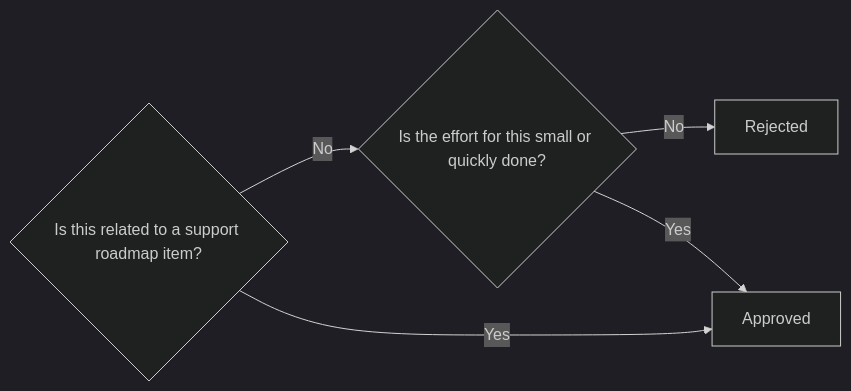
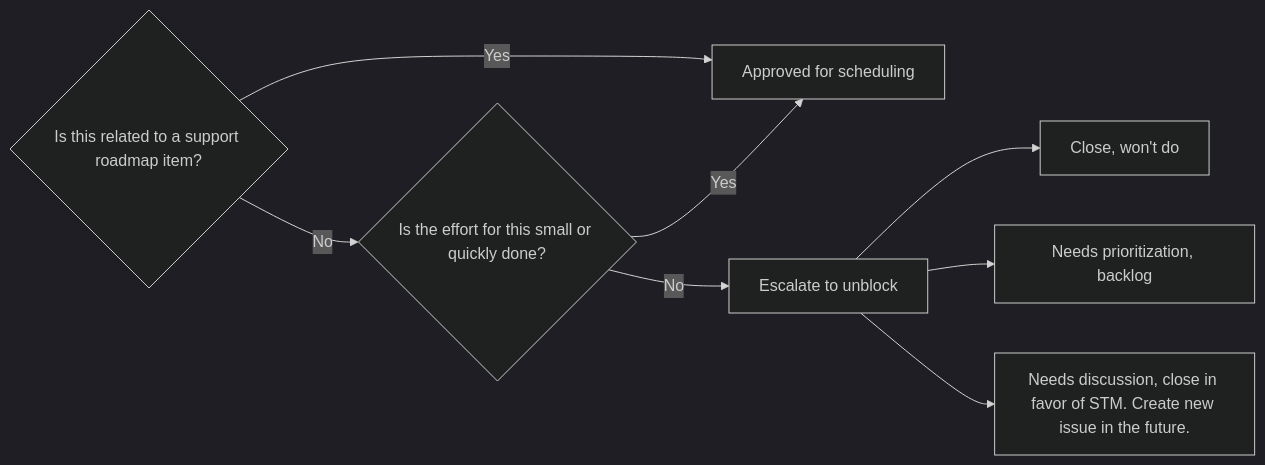
One commit to zalyoung/gitlab-handbook changed the first of 2 diagrams in content/handbook/security/customer-support-operations/_index.md. Above: the diagram before and after it, drawn with Mermaid (dark theme). The commit also changed other lines of this file, not shown here.

Commit message:
Updates issue flow

````diff
--- a/content/handbook/security/customer-support-operations/_index.md
+++ b/content/handbook/security/customer-support-operations/_index.md
@@ -57,11 +57,15 @@
 ```mermaid
 graph LR;
   A-->|No| B
   A-->|Yes| D
   B-->|No| C
   B-->|Yes| D
   A{Is this related to a support roadmap item?}
   B{Is the effort for this small or quickly done?}
-  C[Rejected]
-  D[Approved]
+  C[Escalate to unblock]
+  D[Approved for scheduling]
+  C-->E[Close, won't do]
+  C-->F[Needs prioritization, backlog]
+  C-->G[Needs discussion, close in favor of STM. Create new issue in the future.]
+
 ```
````
